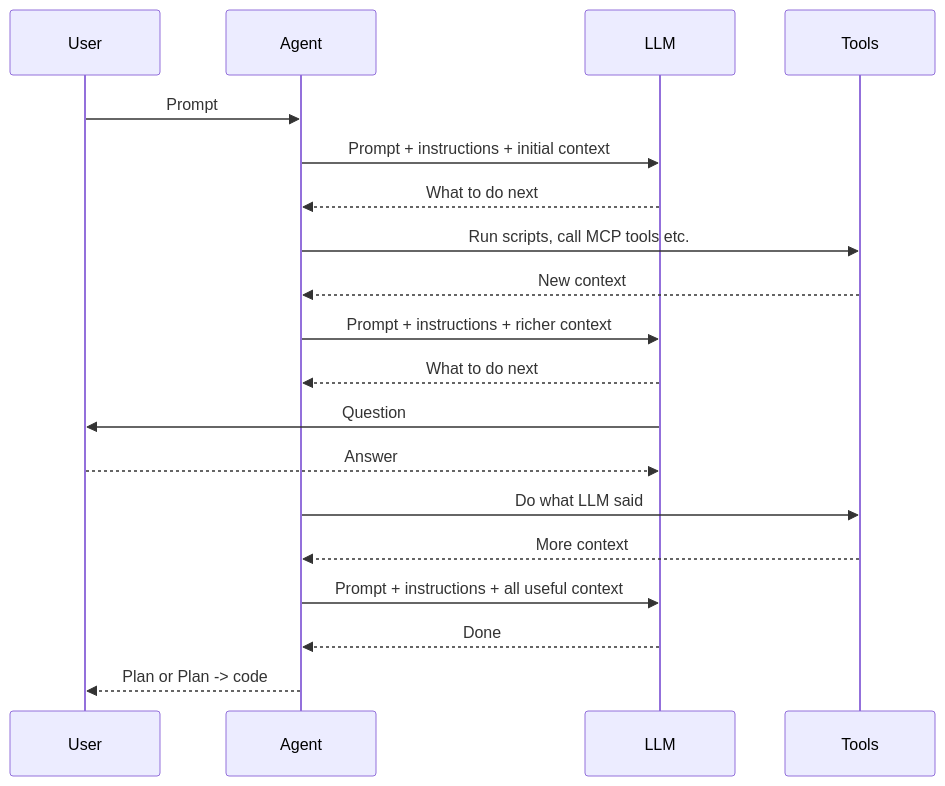
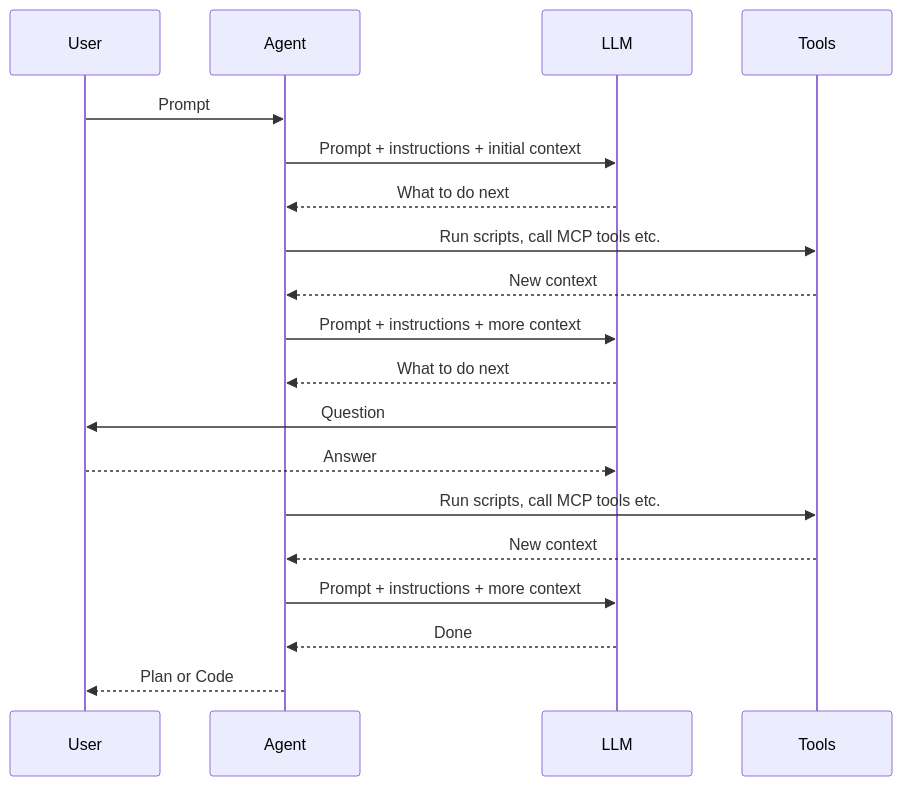
The second of 3 diagrams in design/theory.md (iJustHelp/dev-context-mcp-server), drawn with Mermaid before and after one commit. The commit also changed other lines of this file, not shown here.

````diff
--- a/design/theory.md
+++ b/design/theory.md
@@ -47,30 +47,30 @@
 ```mermaid
 sequenceDiagram
     participant User
     participant Agent
     participant LLM
     participant Tools
 
     User->>Agent: Prompt
 
     Agent->>LLM: Prompt + instructions + initial context
     LLM-->>Agent: What to do next
 
     Agent->>Tools: Run scripts, call MCP tools etc.
     Tools-->>Agent: New context
 
-    Agent->>LLM: Prompt + instructions + richer context
+    Agent->>LLM: Prompt + instructions + more context
     LLM-->>Agent: What to do next
 
     LLM->>User: Question
     User-->>LLM: Answer
     
 
-    Agent->>Tools: Do what LLM said
-    Tools-->>Agent: More context
+    Agent->>Tools:  Run scripts, call MCP tools etc.
+    Tools-->>Agent: New context
 
-    Agent->>LLM: Prompt + instructions + all useful context
+    Agent->>LLM: Prompt + instructions + more context
     LLM-->>Agent: Done
 
-    Agent-->>User: Plan or Plan -> code
+    Agent-->>User: Plan or Code
 ```
````
